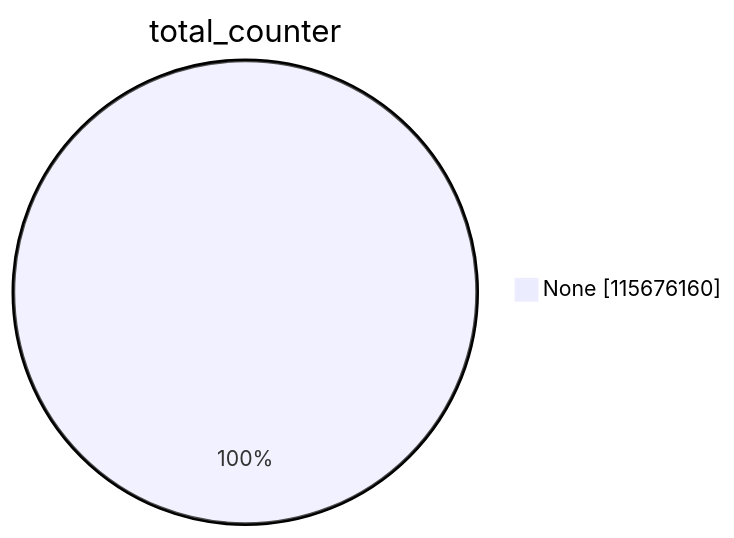
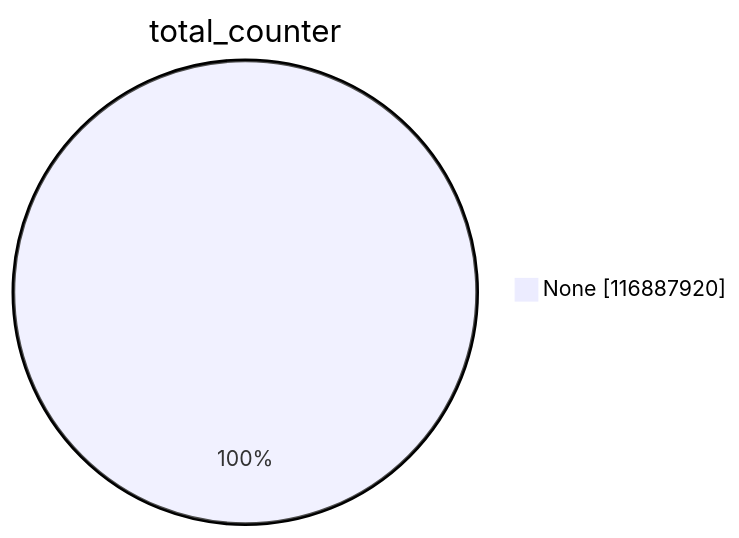
The first of 15 diagrams in argon2023/README.md (christiankrug/ctmonitor_visualization), drawn with Mermaid before and after one commit. The commit also changed other lines of this file, not shown here.

````diff
--- a/argon2023/README.md
+++ b/argon2023/README.md
@@ -1,5 +1,5 @@
 ```mermaid
 pie showData
 title total_counter
-"None" :115676160
+"None" :116887920
 ```
````
